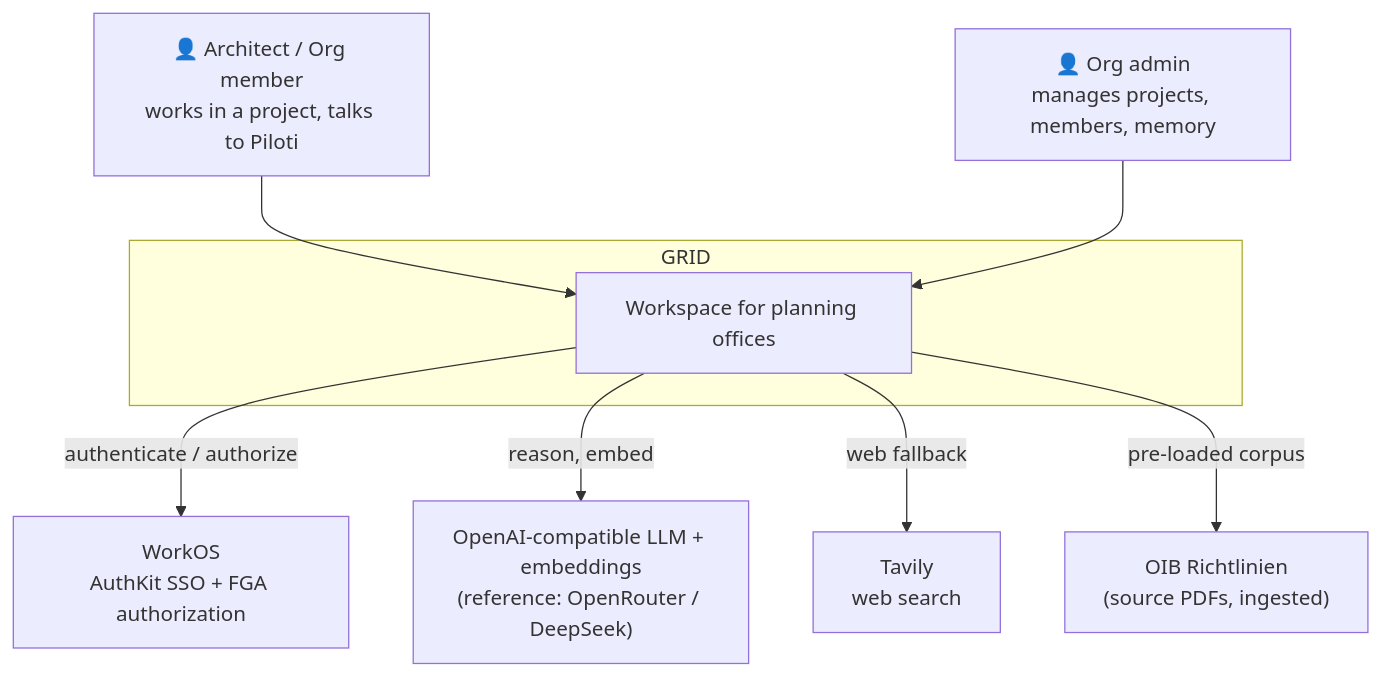
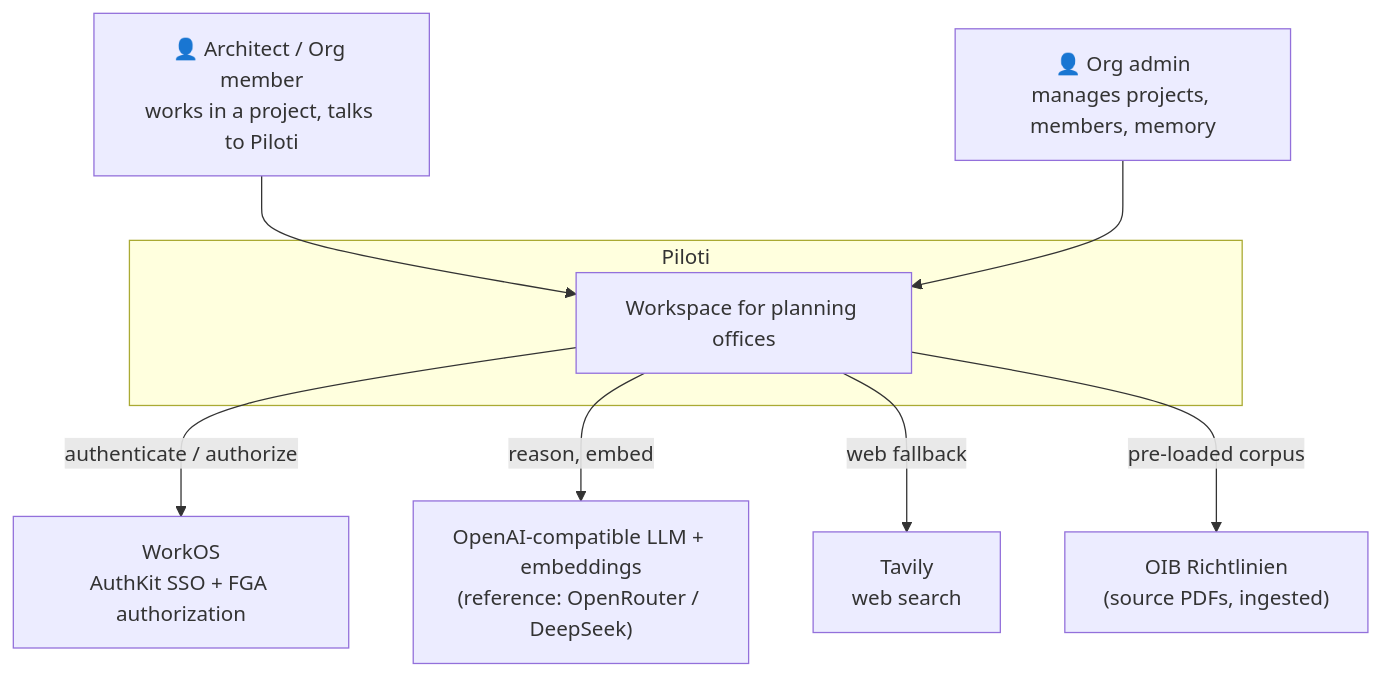
The first of 2 diagrams in docs/architecture/system-overview.md (GRID-check/archos), drawn with Mermaid before and after one commit. The commit also changed other lines of this file and 97 other files, not shown here.

````diff
--- a/docs/architecture/system-overview.md
+++ b/docs/architecture/system-overview.md
@@ -51,21 +51,21 @@
 ```mermaid
 flowchart TB
     Architect["👤 Architect / Org member<br/>works in a project, talks to Piloti"]
     Admin["👤 Org admin<br/>manages projects, members, memory"]
 
-    subgraph GRID["GRID"]
+    subgraph APP["Piloti"]
         SYS["Workspace for planning offices"]
     end
 
     WorkOS["WorkOS<br/>AuthKit SSO + FGA authorization"]
     LLM["OpenAI-compatible LLM + embeddings<br/>(reference: OpenRouter / DeepSeek)"]
     Tavily["Tavily<br/>web search"]
     OIB["OIB Richtlinien<br/>(source PDFs, ingested)"]
 
     Architect --> SYS
     Admin --> SYS
     SYS -->|authenticate / authorize| WorkOS
     SYS -->|reason, embed| LLM
     SYS -->|web fallback| Tavily
     SYS -->|pre-loaded corpus| OIB
 ```
````
